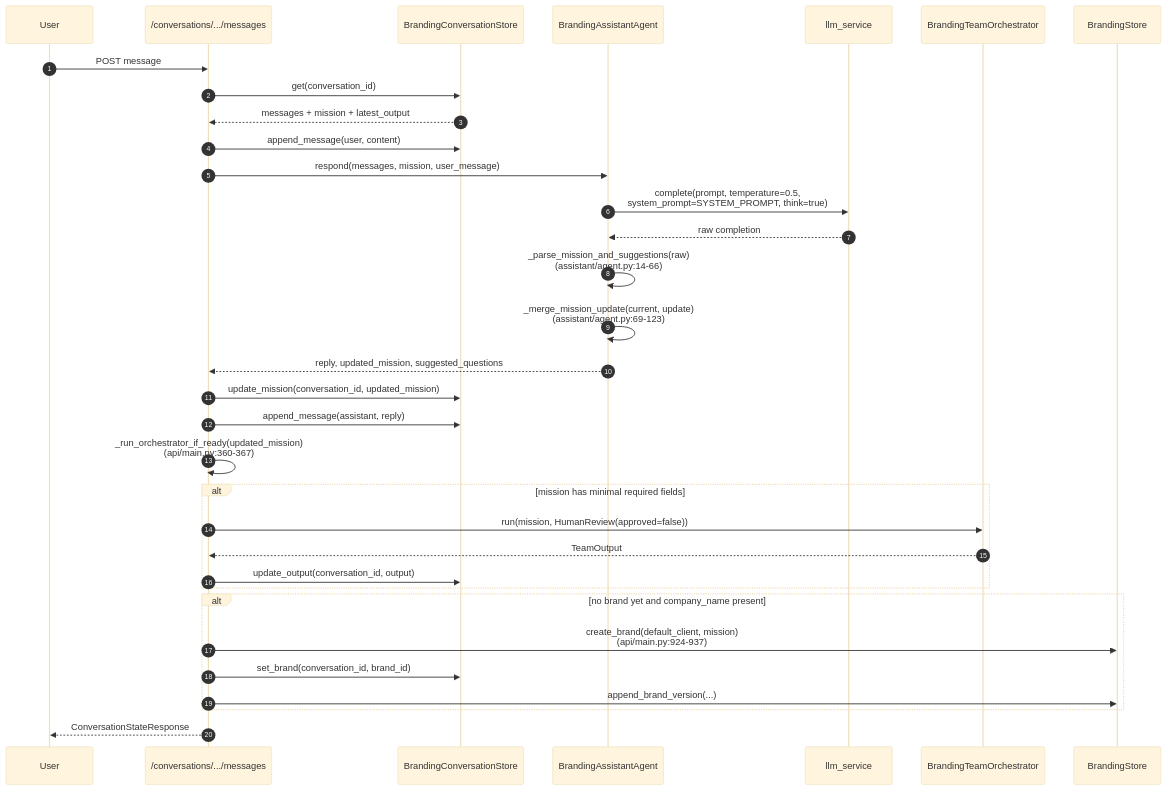
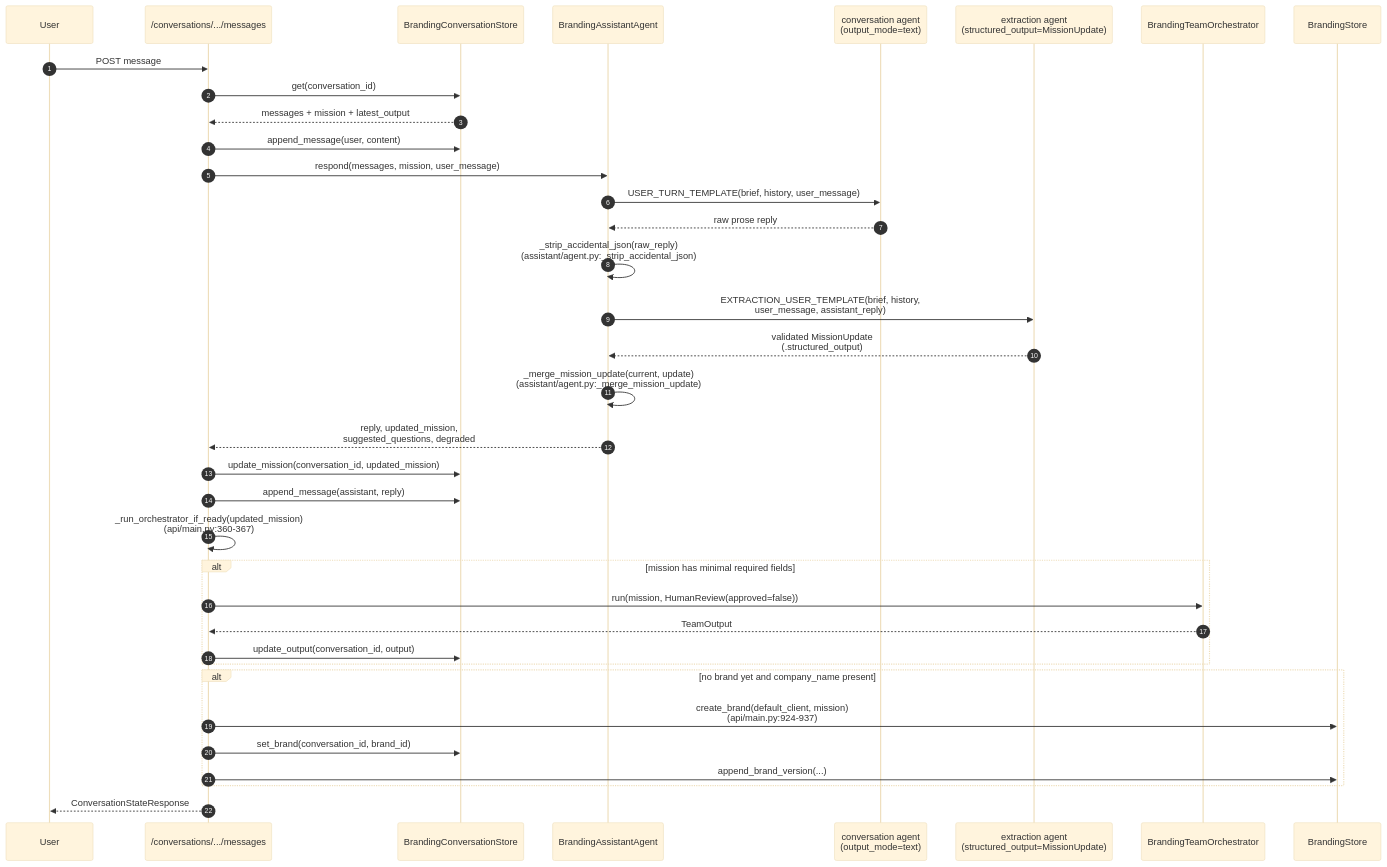
One commit to brandonkindred/Khala-Agentic-AI-Teams changed the fourth of 9 diagrams in backend/agents/branding_team/system_design/flow_charts.md. Above: the diagram before and after it, drawn with Mermaid (base theme). The commit also changed other lines of this file and 3 other files, not shown here.

First line of the commit message:
Branding: reconcile system_design docs with the two-stage assistant already in agent.py

````diff
--- a/backend/agents/branding_team/system_design/flow_charts.md
+++ b/backend/agents/branding_team/system_design/flow_charts.md
@@ -122,36 +124,39 @@
 ```mermaid
 sequenceDiagram
     autonumber
     participant User
     participant API as /conversations/.../messages
     participant ConvStore as BrandingConversationStore
     participant Assistant as BrandingAssistantAgent
-    participant LLM as llm_service
+    participant ConvLLM as conversation agent<br/>(output_mode=text)
+    participant ExtLLM as extraction agent<br/>(structured_output=MissionUpdate)
     participant Orch as BrandingTeamOrchestrator
     participant BrandStore as BrandingStore
 
     User->>API: POST message
     API->>ConvStore: get(conversation_id)
     ConvStore-->>API: messages + mission + latest_output
     API->>ConvStore: append_message(user, content)
     API->>Assistant: respond(messages, mission, user_message)
-    Assistant->>LLM: complete(prompt, temperature=0.5,<br/>system_prompt=SYSTEM_PROMPT, think=true)
-    LLM-->>Assistant: raw completion
-    Assistant->>Assistant: _parse_mission_and_suggestions(raw)<br/>(assistant/agent.py:14-66)
-    Assistant->>Assistant: _merge_mission_update(current, update)<br/>(assistant/agent.py:69-123)
-    Assistant-->>API: reply, updated_mission, suggested_questions
+    Assistant->>ConvLLM: USER_TURN_TEMPLATE(brief, history, user_message)
+    ConvLLM-->>Assistant: raw prose reply
+    Assistant->>Assistant: _strip_accidental_json(raw_reply)<br/>(assistant/agent.py:_strip_accidental_json)
+    Assistant->>ExtLLM: EXTRACTION_USER_TEMPLATE(brief, history,<br/>user_message, assistant_reply)
+    ExtLLM-->>Assistant: validated MissionUpdate<br/>(.structured_output)
+    Assistant->>Assistant: _merge_mission_update(current, update)<br/>(assistant/agent.py:_merge_mission_update)
+    Assistant-->>API: reply, updated_mission,<br/>suggested_questions, degraded
     API->>ConvStore: update_mission(conversation_id, updated_mission)
     API->>ConvStore: append_message(assistant, reply)
     API->>API: _run_orchestrator_if_ready(updated_mission)<br/>(api/main.py:360-367)
     alt mission has minimal required fields
         API->>Orch: run(mission, HumanReview(approved=false))
         Orch-->>API: TeamOutput
         API->>ConvStore: update_output(conversation_id, output)
     end
     alt no brand yet and company_name present
         API->>BrandStore: create_brand(default_client, mission)<br/>(api/main.py:924-937)
         API->>ConvStore: set_brand(conversation_id, brand_id)
         API->>BrandStore: append_brand_version(...)
     end
     API-->>User: ConversationStateResponse
 ```
````
